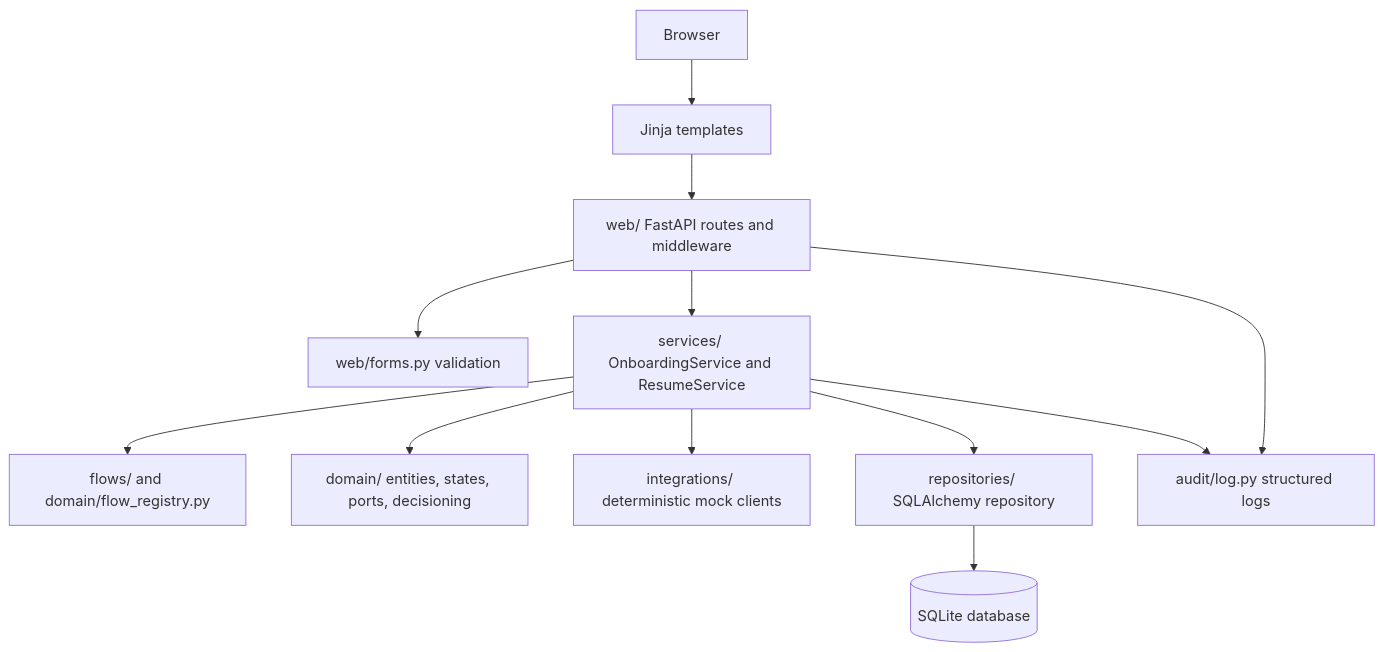
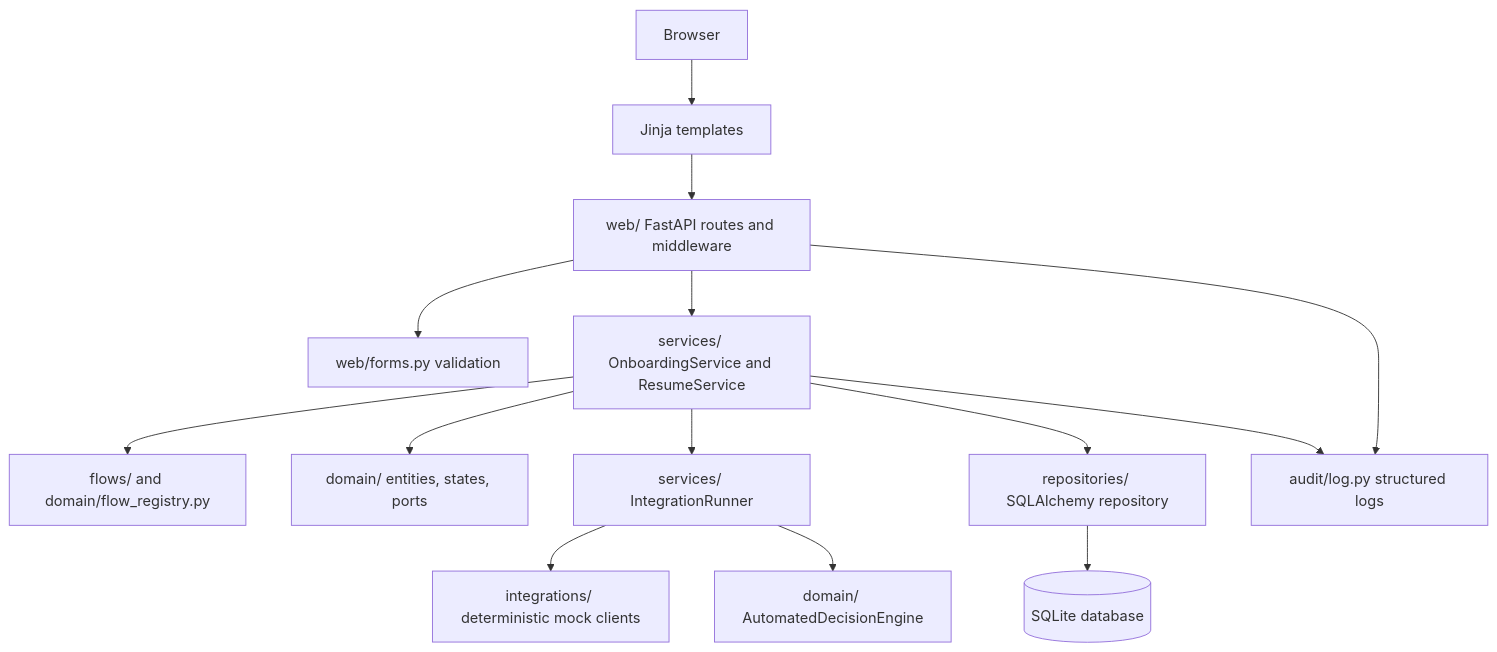
The diagram in ARCHITECTURE.md (halhadad/onboarding-flow), drawn with Mermaid before and after one commit. The commit also changed other lines of this file and 34 other files, not shown here.

Commit message:
Refactor onboarding, integrate decision engine, secure logs, fix step processing

````diff
--- a/ARCHITECTURE.md
+++ b/ARCHITECTURE.md
@@ -14,26 +14,30 @@
 ```mermaid
 flowchart TD
     Browser[Browser]
     Templates[Jinja templates]
     Web[web/ FastAPI routes and middleware]
     Forms[web/forms.py validation]
     Service[services/ OnboardingService and ResumeService]
+    Runner[services/ IntegrationRunner]
+    Decision[domain/ AutomatedDecisionEngine]
     Flow[flows/ and domain/flow_registry.py]
-    Domain[domain/ entities, states, ports, decisioning]
+    Domain[domain/ entities, states, ports]
     Integrations[integrations/ deterministic mock clients]
     Repo[repositories/ SQLAlchemy repository]
     DB[(SQLite database)]
     Logs[audit/log.py structured logs]
 
     Browser --> Templates
     Templates --> Web
     Web --> Forms
     Web --> Service
     Service --> Flow
     Service --> Domain
-    Service --> Integrations
+    Service --> Runner
+    Runner --> Integrations
+    Runner --> Decision
     Service --> Repo
     Repo --> DB
     Web --> Logs
     Service --> Logs
 ```
````
